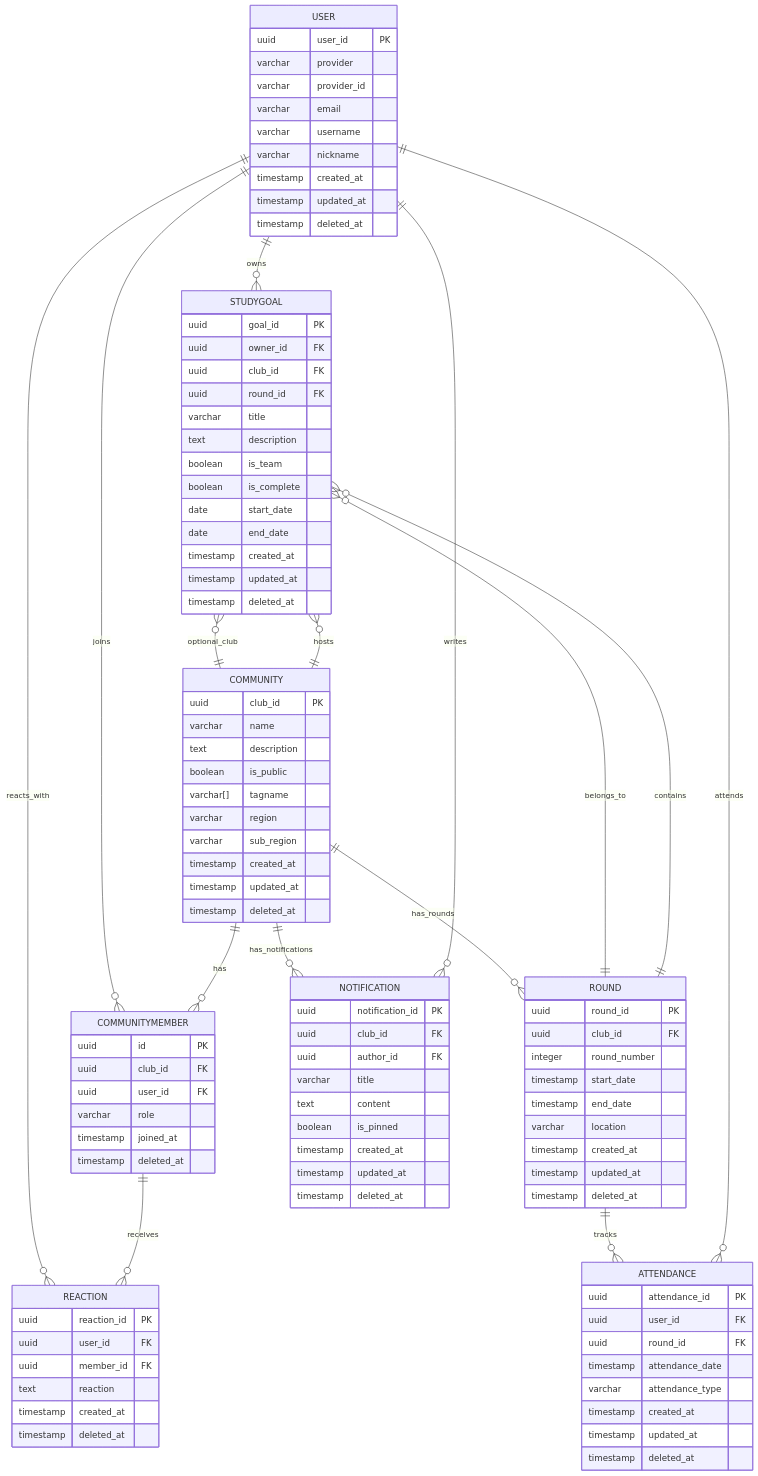
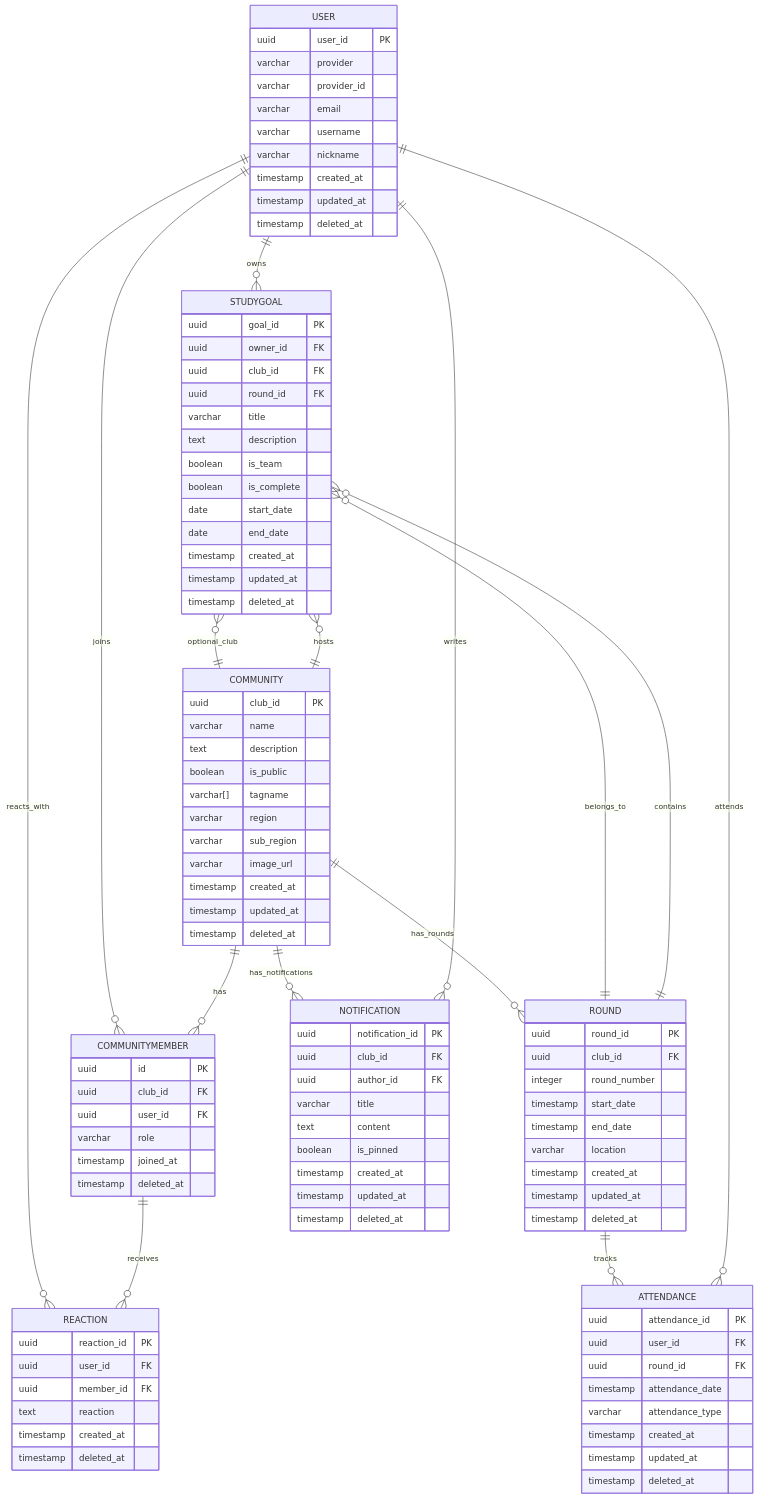
Before and after one commit to FRONTENDBOOTCAMP-14th/react_project_1: the diagram in docs/data-model.md, drawn with Mermaid. The commit also changed other lines of this file and 78 other files, not shown here.

```diff
--- a/docs/data-model.md
+++ b/docs/data-model.md
@@ -46,6 +46,7 @@
         varchar[] tagname
         varchar region
         varchar sub_region
+        varchar image_url
         timestamp created_at
         timestamp updated_at
         timestamp deleted_at
```
